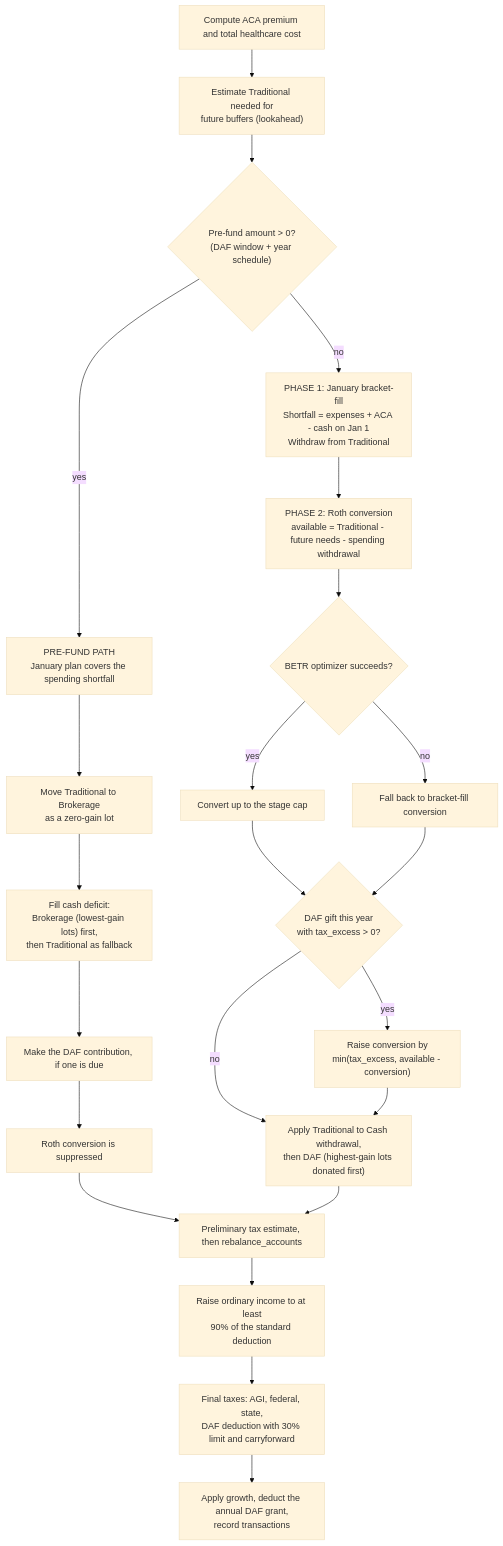
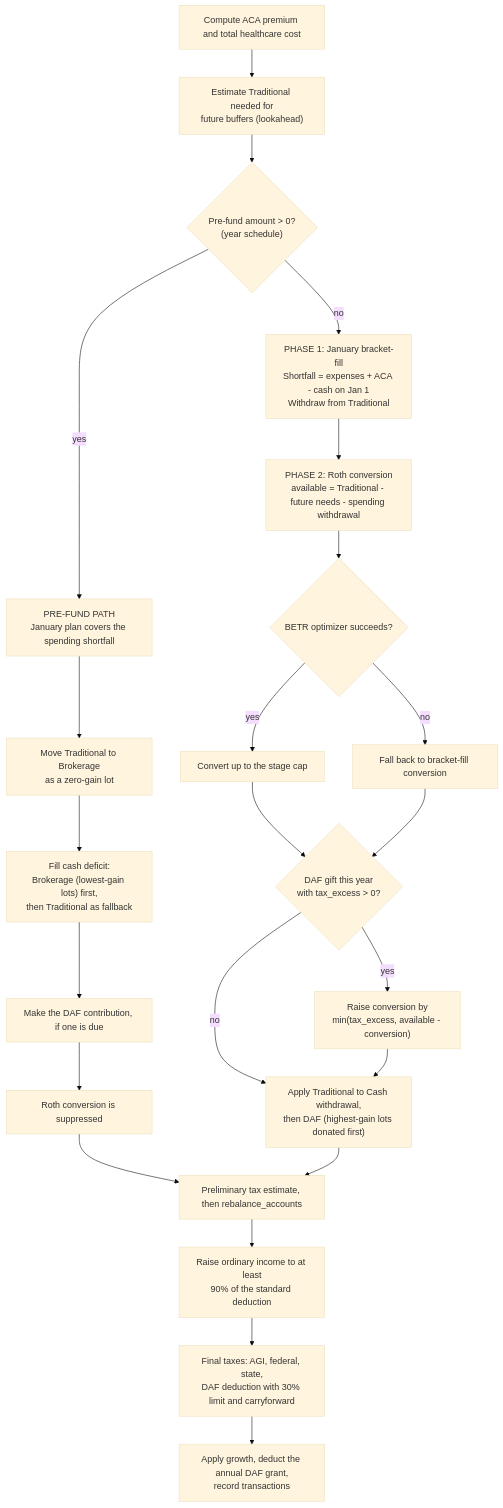
The third of 5 diagrams in docs/STRATEGY_DECISION_TREE.md (tjmcmanus/retirement_planning), drawn with Mermaid (base theme) before and after one commit. The commit also changed other lines of this file and 17 other files, not shown here.

````diff
--- a/docs/STRATEGY_DECISION_TREE.md
+++ b/docs/STRATEGY_DECISION_TREE.md
@@ -69,28 +68,28 @@
 ```mermaid
 flowchart TD
     A["Compute ACA premium and total healthcare cost"] --> B["Estimate Traditional needed for<br/>future buffers (lookahead)"]
-    B --> C{"Pre-fund amount > 0?<br/>(DAF window + year schedule)"}
+    B --> C{"Pre-fund amount > 0?<br/>(year schedule)"}
 
     C -- yes --> P1["PRE-FUND PATH<br/>January plan covers the spending shortfall"]
     P1 --> P2["Move Traditional to Brokerage<br/>as a zero-gain lot"]
     P2 --> P3["Fill cash deficit:<br/>Brokerage (lowest-gain lots) first,<br/>then Traditional as fallback"]
     P3 --> P4["Make the DAF contribution, if one is due"]
     P4 --> P5["Roth conversion is suppressed"]
 
     C -- no --> N1["PHASE 1: January bracket-fill<br/>Shortfall = expenses + ACA - cash on Jan 1<br/>Withdraw from Traditional"]
     N1 --> N2["PHASE 2: Roth conversion<br/>available = Traditional - future needs - spending withdrawal"]
     N2 --> N3{"BETR optimizer succeeds?"}
     N3 -- yes --> N4["Convert up to the stage cap"]
     N3 -- no --> N5["Fall back to bracket-fill conversion"]
     N4 --> N6
     N5 --> N6{"DAF gift this year<br/>with tax_excess > 0?"}
     N6 -- yes --> N7["Raise conversion by<br/>min(tax_excess, available - conversion)"]
     N6 -- no --> N8
     N7 --> N8["Apply Traditional to Cash withdrawal,<br/>then DAF (highest-gain lots donated first)"]
 
     P5 --> R
     N8 --> R["Preliminary tax estimate, then rebalance_accounts"]
     R --> S["Raise ordinary income to at least<br/>90% of the standard deduction"]
     S --> T["Final taxes: AGI, federal, state,<br/>DAF deduction with 30% limit and carryforward"]
     T --> U["Apply growth, deduct the annual DAF grant,<br/>record transactions"]
 ```
````
